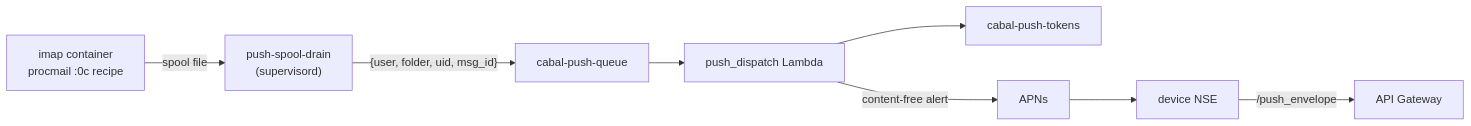
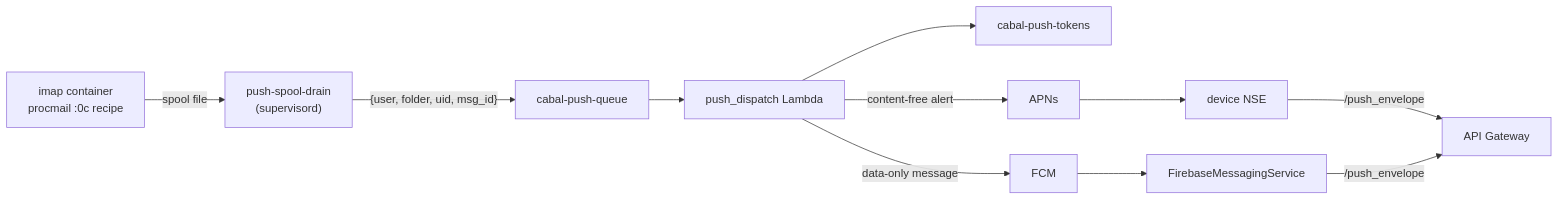
One commit to cabalmail/cabal-infra changed the diagram in docs/push-notifications.md. Above: the diagram before and after it, drawn with Mermaid. The commit also changed other lines of this file, not shown here.

Commit message:
Fold Android/FCM into the as-implemented push notifications doc (phase 6)

````diff
--- a/docs/push-notifications.md
+++ b/docs/push-notifications.md
@@ -10,10 +12,13 @@
 ```mermaid
 flowchart LR
     imap["imap container<br/>procmail :0c recipe"] -->|"spool file"| drain["push-spool-drain<br/>(supervisord)"]
     drain -->|"{user, folder, uid, msg_id}"| sqs["cabal-push-queue"]
     sqs --> dispatch["push_dispatch Lambda"]
     dispatch --> tokens["cabal-push-tokens"]
     dispatch -->|"content-free alert"| apns["APNs"]
+    dispatch -->|"data-only message"| fcm["FCM"]
     apns --> device["device NSE"]
+    fcm --> android["FirebaseMessagingService"]
     device -->|"/push_envelope"| api["API Gateway"]
+    android -->|"/push_envelope"| api
 ```
````
